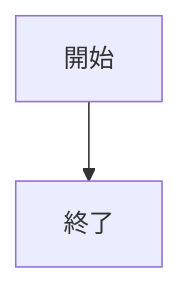
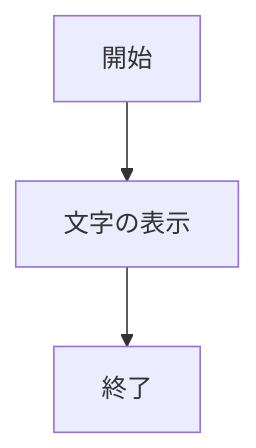
The first of 6 diagrams in README.md (Kyanaumi/webpro_06), drawn with Mermaid before and after one commit. The commit also changed other lines of this file and 3 other files, not shown here.

````diff
--- a/README.md
+++ b/README.md
@@ -18,4 +29,5 @@
 ```mermaid
 flowchart TD;
-開始 --> 終了;
+
+開始 --> node1[文字の表示] -->終了;
 ```
````
